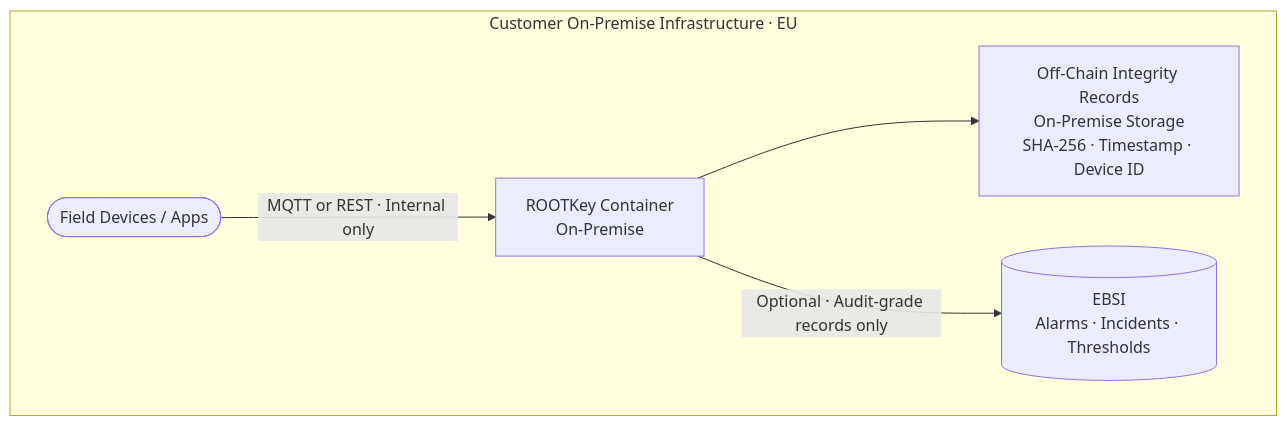
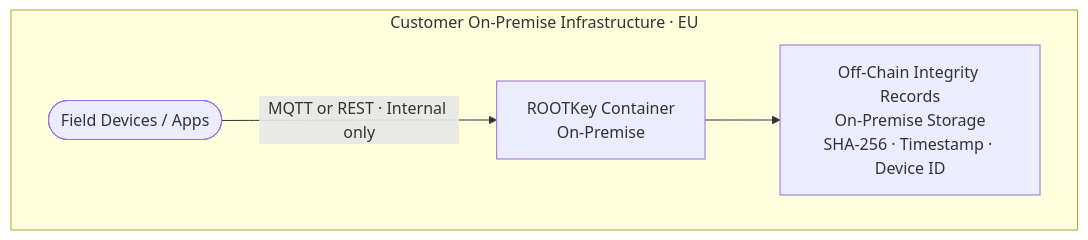
One commit to ROOT-Key/docs changed the diagram in pages/protocols/rkp-2-sovereign.mdx. Above: the diagram before and after it, drawn with Mermaid. The commit also changed other lines of this file and 27 other files, not shown here.

````diff
--- a/pages/protocols/rkp-2-sovereign.mdx
+++ b/pages/protocols/rkp-2-sovereign.mdx
@@ -42,8 +45,7 @@
 ```mermaid
 flowchart TD
     subgraph premise[Customer On-Premise Infrastructure · EU]
         A([Field Devices / Apps]) -->|MQTT or REST · Internal only| B[ROOTKey Container\nOn-Premise]
         B --> C[Off-Chain Integrity Records\nOn-Premise Storage\nSHA-256 · Timestamp · Device ID]
-        B -->|Optional · Audit-grade records only| D[(EBSI\nAlarms · Incidents · Thresholds)]
     end
 ```
````
